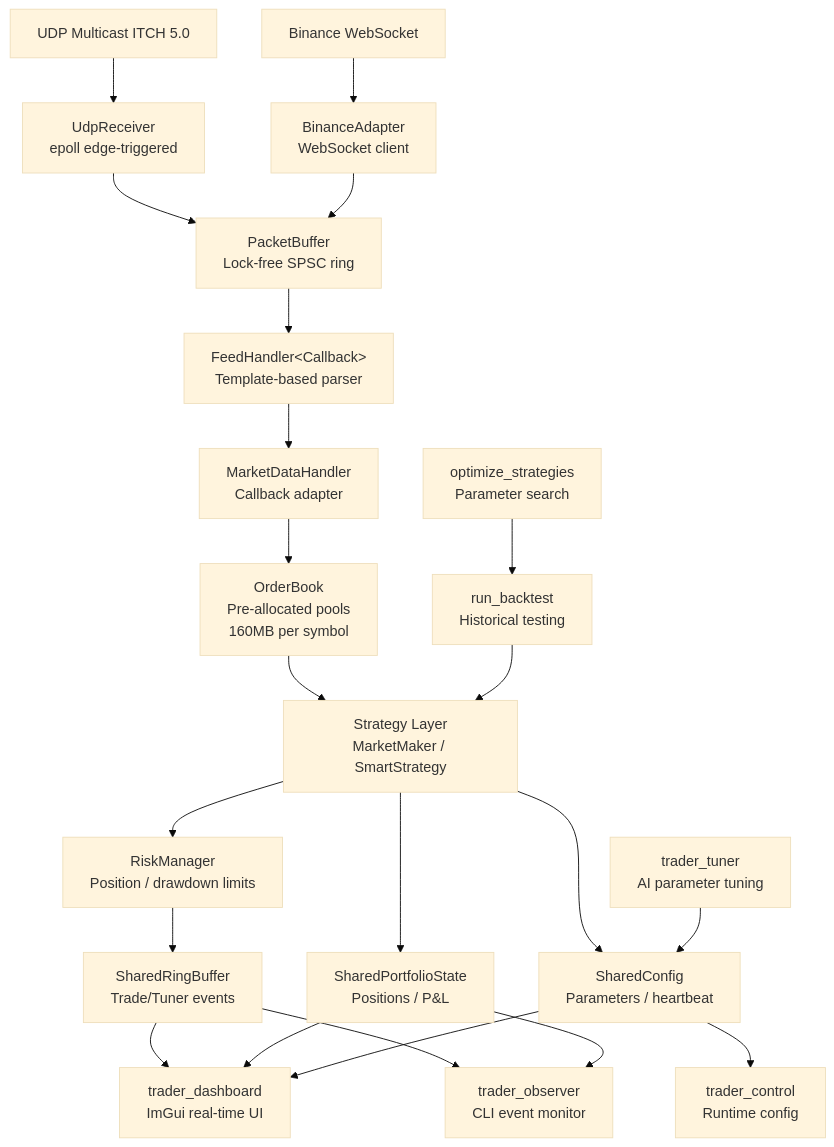
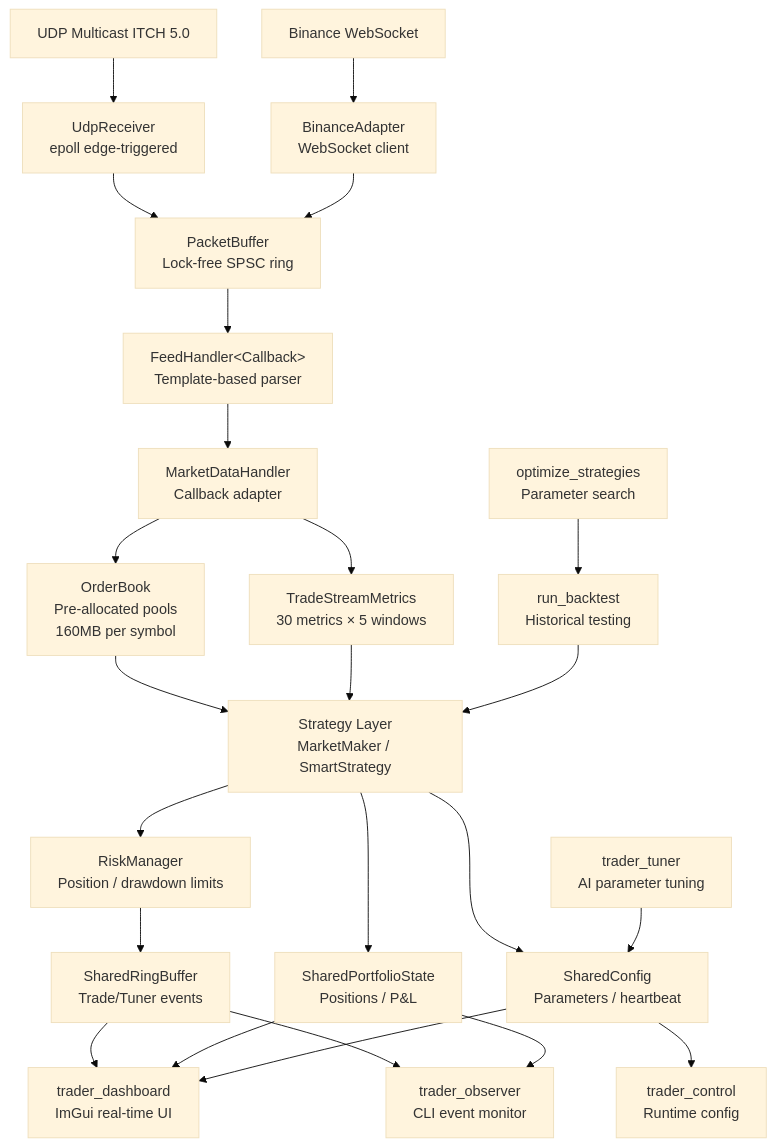
Before and after one commit to orhanveliesen/hft-trading-system: the first of 10 diagrams in ARCHITECTURE.md, drawn with Mermaid (base theme). The commit also changed other lines of this file and 4 other files, not shown here.

First line of the commit message:
[FEAT] #34: Add TradeStreamMetrics library (Phase 1)

````diff
--- a/ARCHITECTURE.md
+++ b/ARCHITECTURE.md
@@ -7,41 +7,45 @@
 ```mermaid
 flowchart TD
     %% External Data Sources
     UDP[UDP Multicast ITCH 5.0] --> UdpReceiver
     WebSocket[Binance WebSocket] --> BinanceAdapter
 
     %% Network Layer
     UdpReceiver[UdpReceiver<br/>epoll edge-triggered] --> PacketBuffer[PacketBuffer<br/>Lock-free SPSC ring]
     BinanceAdapter[BinanceAdapter<br/>WebSocket client] --> PacketBuffer
 
     %% Parsing Layer
     PacketBuffer --> FeedHandler[FeedHandler&lt;Callback&gt;<br/>Template-based parser]
     FeedHandler --> MDHandler[MarketDataHandler<br/>Callback adapter]
 
     %% Market Data
     MDHandler --> OrderBook[OrderBook<br/>Pre-allocated pools<br/>160MB per symbol]
 
+    %% Metrics Layer
+    MDHandler --> Metrics[TradeStreamMetrics<br/>30 metrics × 5 windows]
+
     %% Strategy Layer
     OrderBook --> Strategy[Strategy Layer<br/>MarketMaker / SmartStrategy]
+    Metrics --> Strategy
     Strategy --> RiskMgr[RiskManager<br/>Position / drawdown limits]
 
     %% IPC Layer
     RiskMgr --> IPC_Events[SharedRingBuffer<br/>Trade/Tuner events]
     Strategy --> IPC_Portfolio[SharedPortfolioState<br/>Positions / P&L]
     Strategy --> IPC_Config[SharedConfig<br/>Parameters / heartbeat]
 
     %% Consumers (read-only)
     IPC_Events --> Dashboard[trader_dashboard<br/>ImGui real-time UI]
     IPC_Portfolio --> Dashboard
     IPC_Config --> Dashboard
 
     IPC_Events --> Observer[trader_observer<br/>CLI event monitor]
     IPC_Portfolio --> Observer
 
     IPC_Config --> Control[trader_control<br/>Runtime config]
 
     %% Tools
     Backtest[run_backtest<br/>Historical testing] --> Strategy
     Optimizer[optimize_strategies<br/>Parameter search] --> Backtest
     Tuner[trader_tuner<br/>AI parameter tuning] --> IPC_Config
 ```
````
